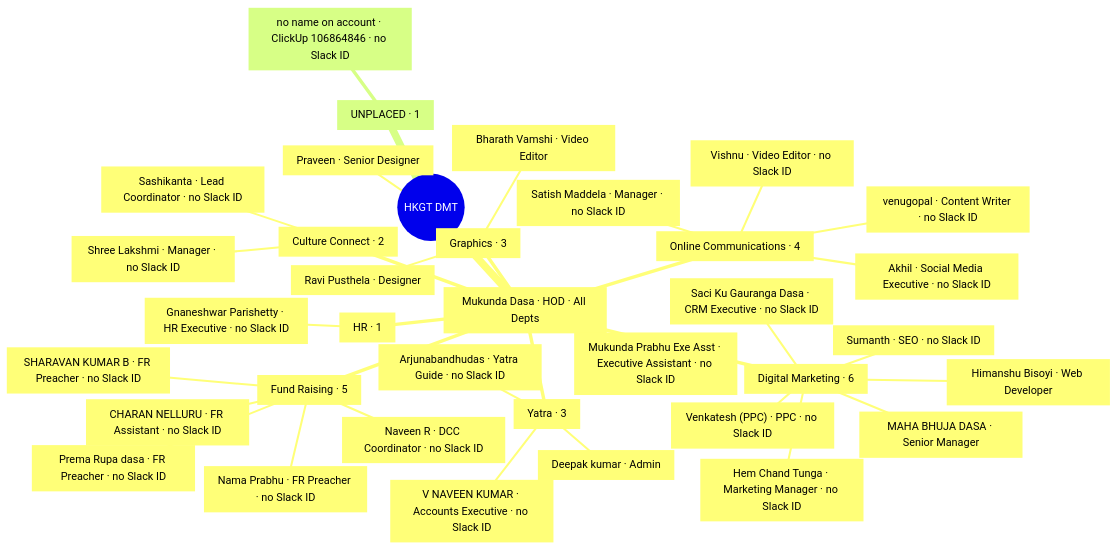
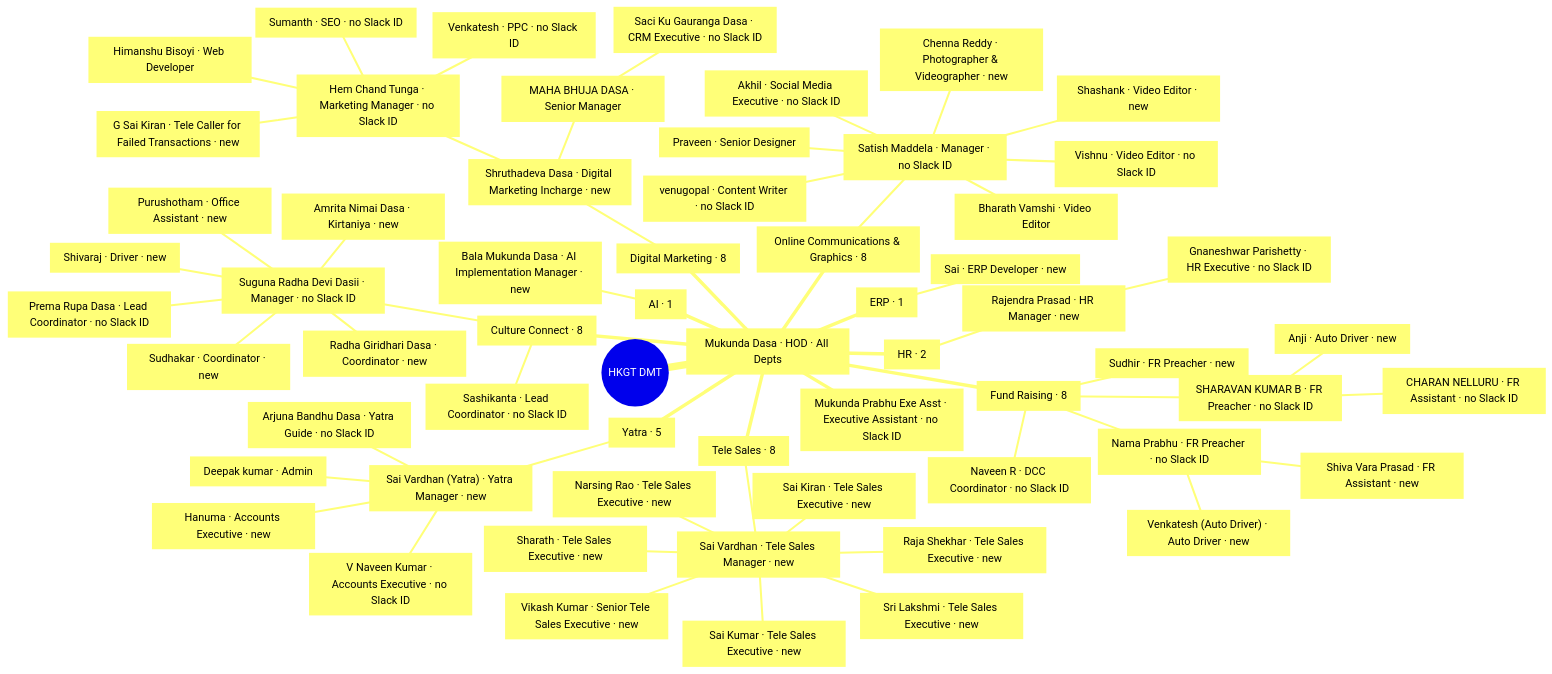
One commit to srrdasa/enterprise-desk changed the diagram in boards/mindmaps/org-structure-2026-08-28.md. Above: the diagram before and after it, drawn with Mermaid. The commit also changed other lines of this file and 3 other files, not shown here.

````diff
--- a/boards/mindmaps/org-structure-2026-08-28.md
+++ b/boards/mindmaps/org-structure-2026-08-28.md
@@ -10,39 +9,64 @@
 ```mermaid
 mindmap
   root(("HKGT DMT"))
-    HOD["Mukunda Dasa · HOD · All Depts"]
-      EA["Mukunda Prabhu Exe Asst · Executive Assistant · no Slack ID"]
-      DM["Digital Marketing · 6"]
-        DMp0["Hem Chand Tunga · Marketing Manager · no Slack ID"]
-        DMp1["MAHA BHUJA DASA · Senior Manager"]
-        DMp2["Himanshu Bisoyi · Web Developer"]
-        DMp3["Saci Ku Gauranga Dasa · CRM Executive · no Slack ID"]
-        DMp4["Sumanth · SEO · no Slack ID"]
-        DMp5["Venkatesh (PPC) · PPC · no Slack ID"]
-      FR["Fund Raising · 5"]
-        FRp0["CHARAN NELLURU · FR Assistant · no Slack ID"]
-        FRp1["Nama Prabhu · FR Preacher · no Slack ID"]
-        FRp2["Prema Rupa dasa · FR Preacher · no Slack ID"]
-        FRp3["SHARAVAN KUMAR B · FR Preacher · no Slack ID"]
-        FRp4["Naveen R · DCC Coordinator · no Slack ID"]
-      OC["Online Communications · 4"]
-        OCp0["Satish Maddela · Manager · no Slack ID"]
-        OCp1["Akhil · Social Media Executive · no Slack ID"]
-        OCp2["venugopal · Content Writer · no Slack ID"]
-        OCp3["Vishnu · Video Editor · no Slack ID"]
-      GF["Graphics · 3"]
-        GFp0["Praveen · Senior Designer"]
-        GFp1["Ravi Pusthela · Designer"]
-        GFp2["Bharath Vamshi · Video Editor"]
-      YA["Yatra · 3"]
-        YAp0["Deepak kumar · Admin"]
-        YAp1["Arjunabandhudas · Yatra Guide · no Slack ID"]
-        YAp2["V NAVEEN KUMAR · Accounts Executive · no Slack ID"]
-      CC["Culture Connect · 2"]
-        CCp0["Sashikanta · Lead Coordinator · no Slack ID"]
-        CCp1["Shree Lakshmi · Manager · no Slack ID"]
-      HR["HR · 1"]
-        HRp0["Gnaneshwar Parishetty · HR Executive · no Slack ID"]
-    UN["UNPLACED · 1"]
-      un1["no name on account · ClickUp 106864846 · no Slack ID"]
+    n0["Mukunda Dasa · HOD · All Depts"]
+      n1["Mukunda Prabhu Exe Asst · Executive Assistant · no Slack ID"]
+      n2["Digital Marketing · 8"]
+        n3["Shruthadeva Dasa · Digital Marketing Incharge · new"]
+          n4["Hem Chand Tunga · Marketing Manager · no Slack ID"]
+            n5["G Sai Kiran · Tele Caller for Failed Transactions · new"]
+            n6["Himanshu Bisoyi · Web Developer"]
+            n7["Venkatesh · PPC · no Slack ID"]
+            n8["Sumanth · SEO · no Slack ID"]
+          n9["MAHA BHUJA DASA · Senior Manager"]
+            n10["Saci Ku Gauranga Dasa · CRM Executive · no Slack ID"]
+      n11["Online Communications & Graphics · 8"]
+        n12["Satish Maddela · Manager · no Slack ID"]
+          n13["Shashank · Video Editor · new"]
+          n14["Chenna Reddy · Photographer & Videographer · new"]
+          n15["venugopal · Content Writer · no Slack ID"]
+          n16["Vishnu · Video Editor · no Slack ID"]
+          n17["Akhil · Social Media Executive · no Slack ID"]
+          n18["Bharath Vamshi · Video Editor"]
+          n19["Praveen · Senior Designer"]
+      n20["Tele Sales · 8"]
+        n21["Sai Vardhan · Tele Sales Manager · new"]
+          n22["Vikash Kumar · Senior Tele Sales Executive · new"]
+          n23["Sri Lakshmi · Tele Sales Executive · new"]
+          n24["Sai Kumar · Tele Sales Executive · new"]
+          n25["Narsing Rao · Tele Sales Executive · new"]
+          n26["Sai Kiran · Tele Sales Executive · new"]
+          n27["Raja Shekhar · Tele Sales Executive · new"]
+          n28["Sharath · Tele Sales Executive · new"]
+      n29["Fund Raising · 8"]
+        n30["Sudhir · FR Preacher · new"]
+        n31["Nama Prabhu · FR Preacher · no Slack ID"]
+          n32["Venkatesh (Auto Driver) · Auto Driver · new"]
+          n33["Shiva Vara Prasad · FR Assistant · new"]
+        n34["SHARAVAN KUMAR B · FR Preacher · no Slack ID"]
+          n35["Anji · Auto Driver · new"]
+          n36["CHARAN NELLURU · FR Assistant · no Slack ID"]
+        n37["Naveen R · DCC Coordinator · no Slack ID"]
+      n38["Culture Connect · 8"]
+        n39["Suguna Radha Devi Dasii · Manager · no Slack ID"]
+          n40["Prema Rupa Dasa · Lead Coordinator · no Slack ID"]
+          n41["Purushotham · Office Assistant · new"]
+          n42["Shivaraj · Driver · new"]
+          n43["Amrita Nimai Dasa · Kirtaniya · new"]
+          n44["Sudhakar · Coordinator · new"]
+          n45["Radha Giridhari Dasa · Coordinator · new"]
+        n46["Sashikanta · Lead Coordinator · no Slack ID"]
+      n47["Yatra · 5"]
+        n48["Sai Vardhan (Yatra) · Yatra Manager · new"]
+          n49["Hanuma · Accounts Executive · new"]
+          n50["V Naveen Kumar · Accounts Executive · no Slack ID"]
+          n51["Deepak kumar · Admin"]
+          n52["Arjuna Bandhu Dasa · Yatra Guide · no Slack ID"]
+      n53["HR · 2"]
+        n54["Rajendra Prasad · HR Manager · new"]
+          n55["Gnaneshwar Parishetty · HR Executive · no Slack ID"]
+      n56["AI · 1"]
+        n57["Bala Mukunda Dasa · AI Implementation Manager · new"]
+      n58["ERP · 1"]
+        n59["Sai · ERP Developer · new"]
 ```
````
